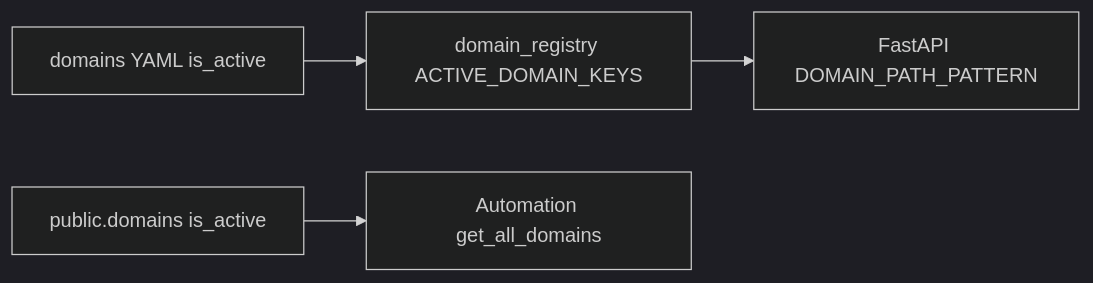
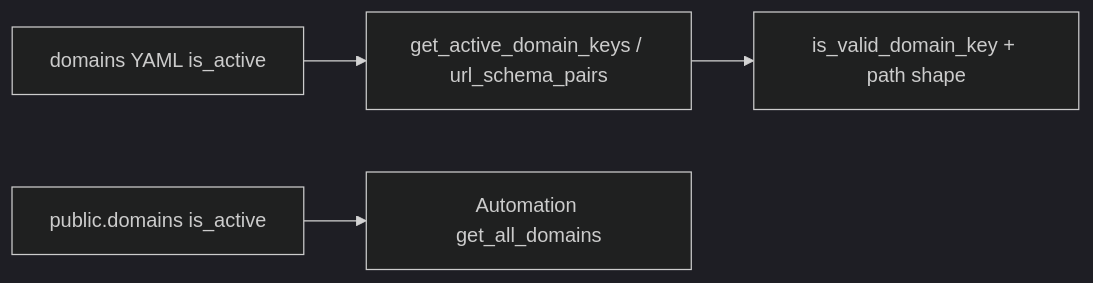
The diagram in docs/DOMAIN_EXTENSION_TEMPLATE.md (rizen94/News-Intelligence-Public), drawn with Mermaid (dark theme) before and after one commit. The commit also changed other lines of this file and 17 other files, not shown here.

````diff
--- a/docs/DOMAIN_EXTENSION_TEMPLATE.md
+++ b/docs/DOMAIN_EXTENSION_TEMPLATE.md
@@ -38,11 +38,11 @@
 ```mermaid
 flowchart LR
   yaml[domains YAML is_active]
-  registry[domain_registry ACTIVE_DOMAIN_KEYS]
+  registry[get_active_domain_keys / url_schema_pairs]
   db[public.domains is_active]
-  api[FastAPI DOMAIN_PATH_PATTERN]
+  api[is_valid_domain_key + path shape]
   auto[Automation get_all_domains]
   yaml --> registry
   registry --> api
   db --> auto
 ```
````
